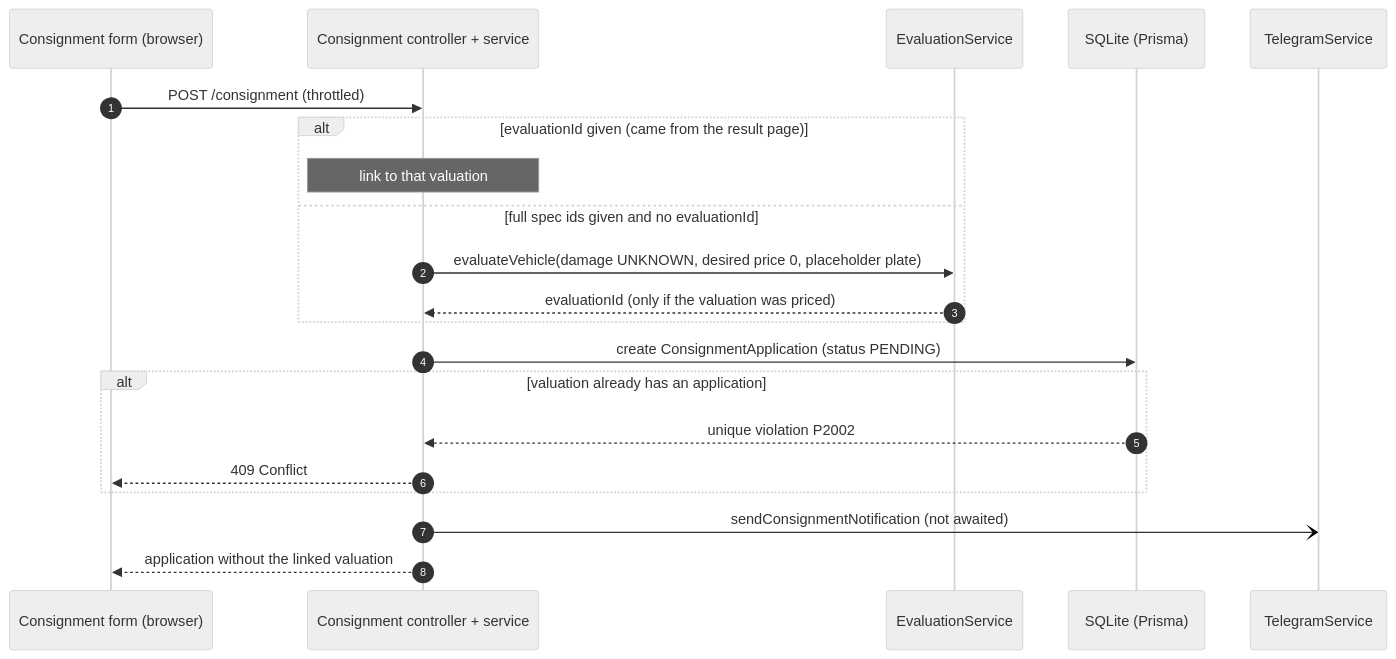
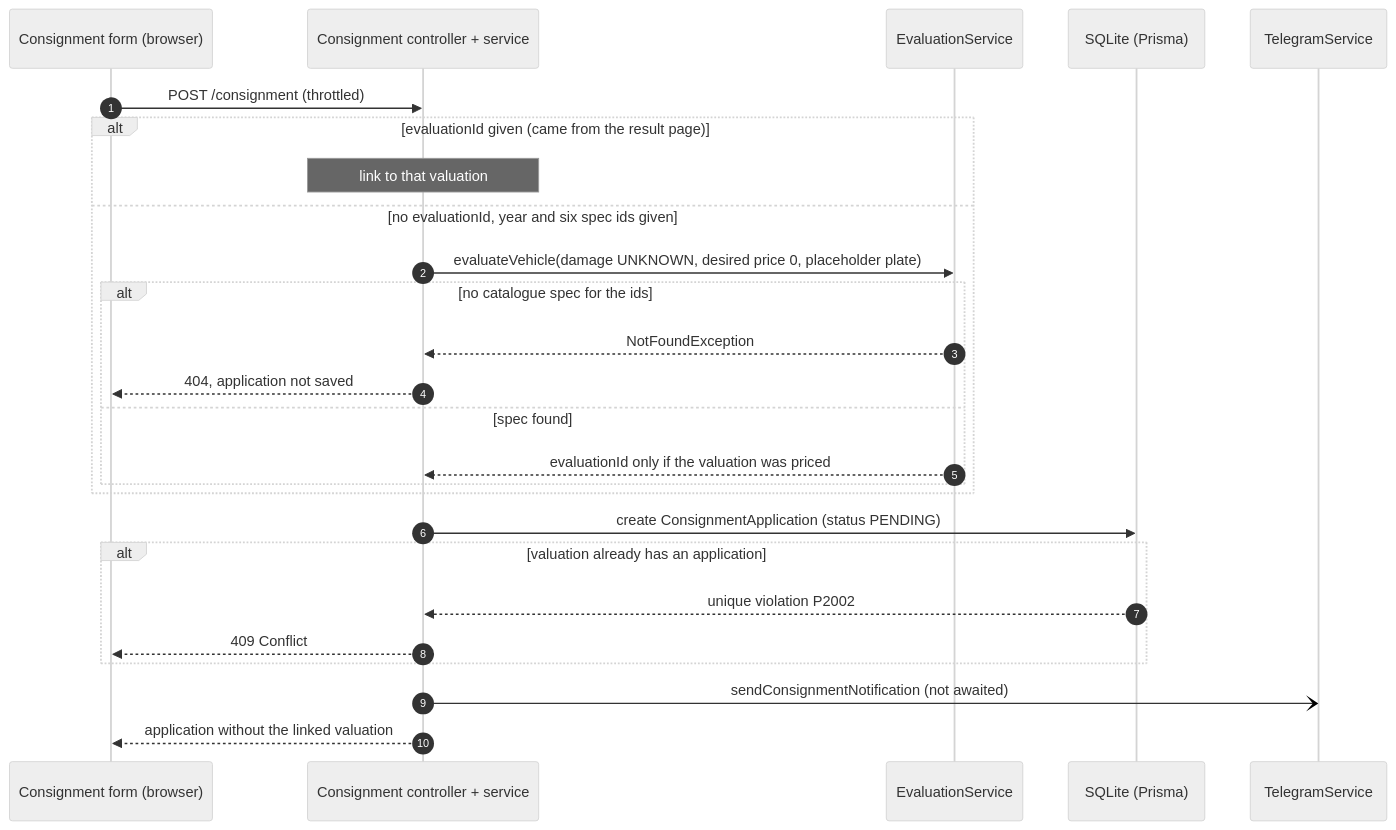
Before and after one commit to CoskunerBerke/NakitGaraj: the third of 7 diagrams in docs/HOW_IT_WORKS.md, drawn with Mermaid (neutral theme). The commit also changed other lines of this file, not shown here.

````diff
--- a/docs/HOW_IT_WORKS.md
+++ b/docs/HOW_IT_WORKS.md
@@ -160,24 +161,29 @@
 ```mermaid
 sequenceDiagram
   autonumber
   participant B as Consignment form (browser)
   participant S as Consignment controller + service
   participant E as EvaluationService
   participant D as SQLite (Prisma)
   participant T as TelegramService
 
   B->>S: POST /consignment (throttled)
   alt evaluationId given (came from the result page)
     Note over S: link to that valuation
-  else full spec ids given and no evaluationId
+  else no evaluationId, year and six spec ids given
     S->>E: evaluateVehicle(damage UNKNOWN, desired price 0, placeholder plate)
-    E-->>S: evaluationId (only if the valuation was priced)
+    alt no catalogue spec for the ids
+      E-->>S: NotFoundException
+      S-->>B: 404, application not saved
+    else spec found
+      E-->>S: evaluationId only if the valuation was priced
+    end
   end
   S->>D: create ConsignmentApplication (status PENDING)
   alt valuation already has an application
     D-->>S: unique violation P2002
     S-->>B: 409 Conflict
   end
   S-)T: sendConsignmentNotification (not awaited)
   S-->>B: application without the linked valuation
 ```
````
